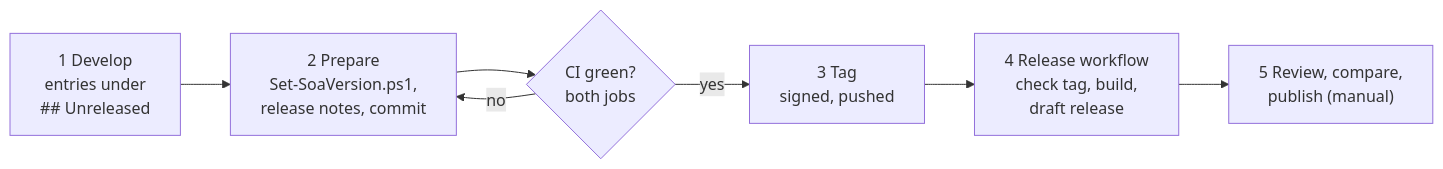
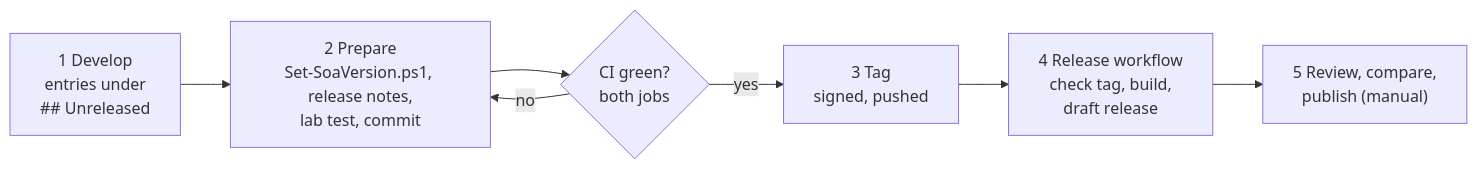
One commit to mayer-bautechnik/cloudsync-soa-toolkit changed the diagram in docs/RELEASING.md. Above: the diagram before and after it, drawn with Mermaid. The commit also changed other lines of this file and 26 other files, not shown here.

````diff
--- a/docs/RELEASING.md
+++ b/docs/RELEASING.md
@@ -5,9 +5,9 @@
 ```mermaid
 flowchart LR
-    A["1 Develop<br/>entries under<br/>## Unreleased"] --> B["2 Prepare<br/>Set-SoaVersion.ps1,<br/>release notes, commit"]
+    A["1 Develop<br/>entries under<br/>## Unreleased"] --> B["2 Prepare<br/>Set-SoaVersion.ps1, release notes,<br/>lab test, commit"]
     B --> C{"CI green?<br/>both jobs"}
     C -- no --> B
     C -- yes --> D["3 Tag<br/>signed, pushed"]
     D --> E["4 Release workflow<br/>check tag, build,<br/>draft release"]
     E --> F["5 Review, compare,<br/>publish (manual)"]
 ```
````
